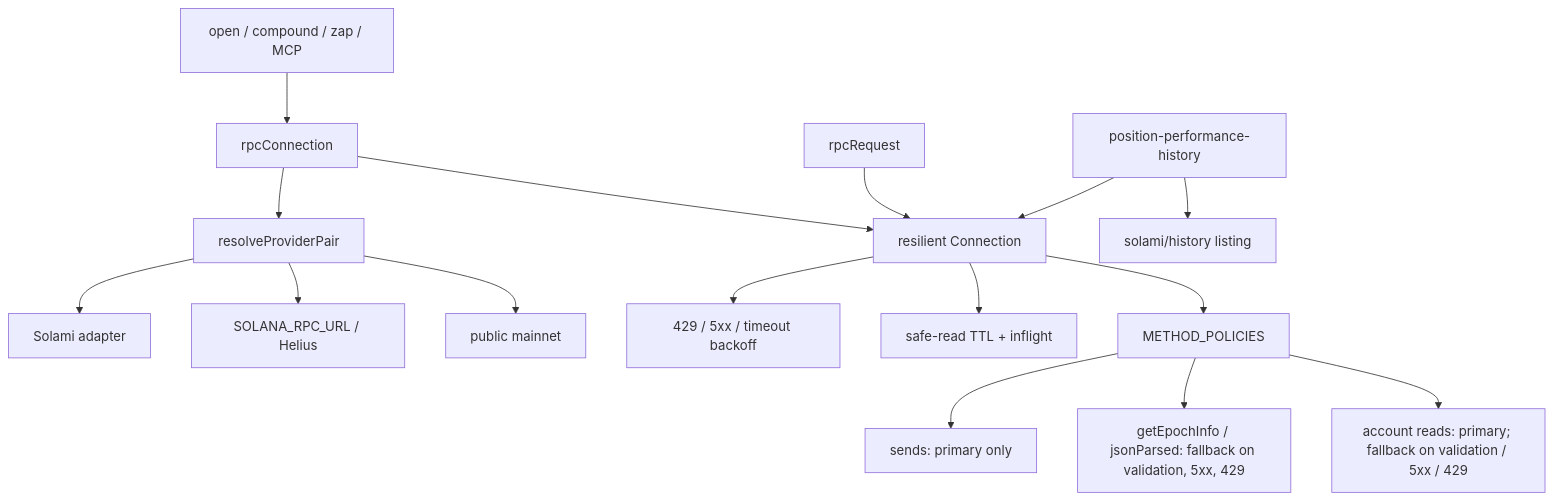
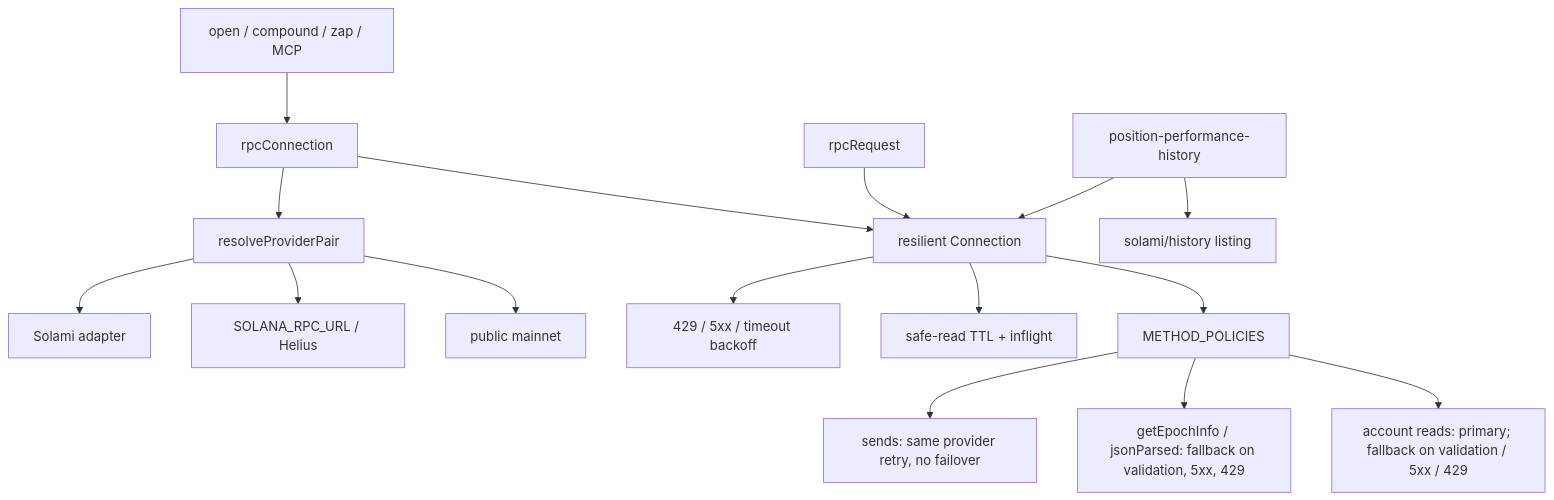
Before and after one commit to truenorth-lj/sofinance-public: the second of 2 diagrams in README.md, drawn with Mermaid. The commit also changed other lines of this file and 14 other files, not shown here.

````diff
--- a/README.md
+++ b/README.md
@@ -284,18 +284,18 @@
 ```mermaid
 flowchart TD
   callers[open / compound / zap / MCP] --> rpcConnection
   rpcConnection --> pair[resolveProviderPair]
   pair --> solami[Solami adapter]
   pair --> generic[SOLANA_RPC_URL / Helius]
   pair --> pub[public mainnet]
   rpcConnection --> proxy[resilient Connection]
   rpcRequest --> proxy
   proxy --> retry[429 / 5xx / timeout backoff]
   proxy --> cache[safe-read TTL + inflight]
   proxy --> policies[METHOD_POLICIES]
-  policies --> send[sends: primary only]
+  policies --> send[sends: same provider retry, no failover]
   policies --> epoch[getEpochInfo / jsonParsed: fallback on validation, 5xx, 429]
   policies --> reads[account reads: primary; fallback on validation / 5xx / 429]
   history[position-performance-history] --> solamiHist[solami/history listing]
   history --> proxy
 ```
````
